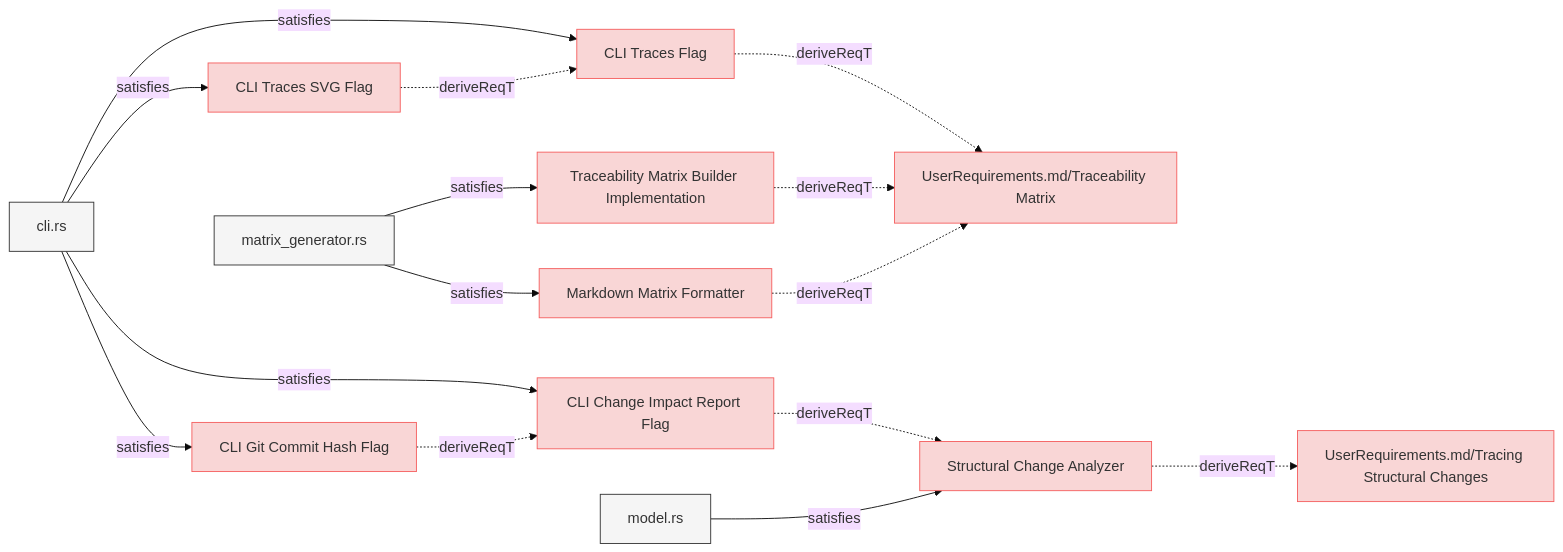
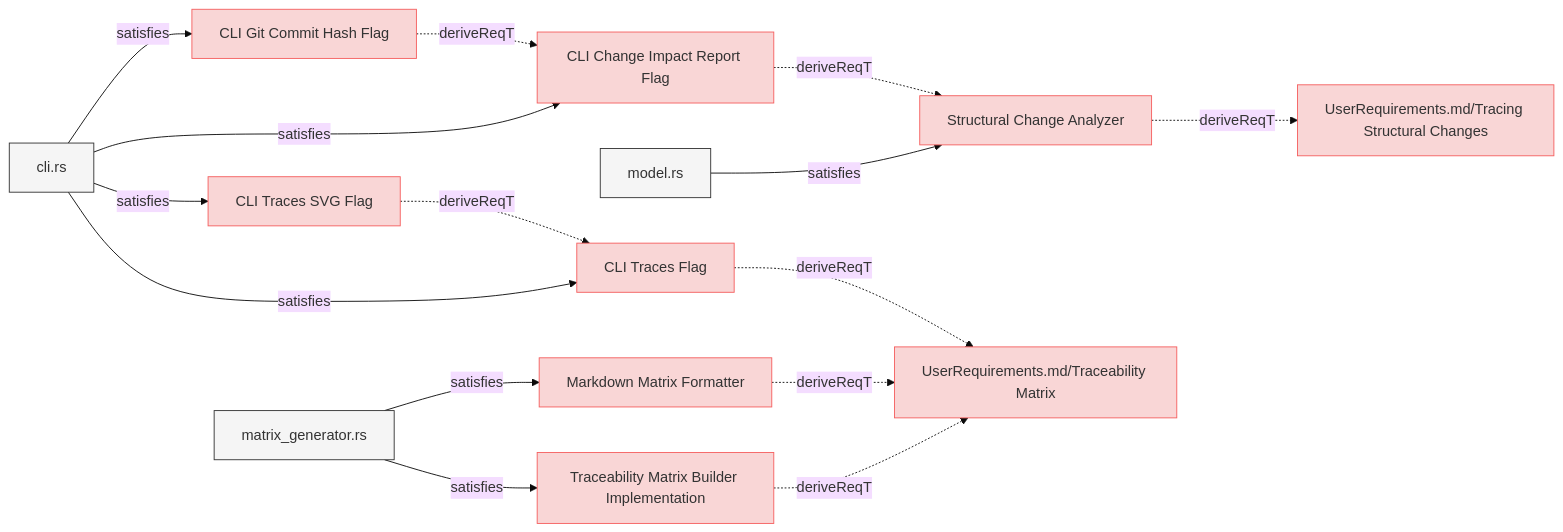
One commit to reqvire-org/reqvire changed the sixth of 8 diagrams in specifications/SystemRequirements/Requirements.md. Above: the diagram before and after it, drawn with Mermaid (base theme). The commit also changed other lines of this file and 20 other files, not shown here.

````diff
--- a/specifications/SystemRequirements/Requirements.md
+++ b/specifications/SystemRequirements/Requirements.md
@@ -718,59 +710,59 @@
 ```mermaid
 graph LR;
   %% Graph styling
   classDef requirement fill:#f9d6d6,stroke:#f55f5f,stroke-width:1px;
   classDef verification fill:#d6f9d6,stroke:#5fd75f,stroke-width:1px;
   classDef externalLink fill:#d0e0ff,stroke:#3080ff,stroke-width:1px;
   classDef default fill:#f5f5f5,stroke:#333333,stroke-width:1px;
 
-  cdab2d3174ce86a9["CLI Traces Flag"];
-  click cdab2d3174ce86a9 "https://github.com/Reqvire/reqvire/blob/30536324899084e88969175e3613c971ffa6e108/specifications/SystemRequirements/Requirements.md#cli-traces-flag";
-  class cdab2d3174ce86a9 requirement;
-  c5b8a7944b6943e2["UserRequirements.md/Traceability Matrix"];
-  class c5b8a7944b6943e2 requirement;
-  click c5b8a7944b6943e2 "https://github.com/Reqvire/reqvire/blob/30536324899084e88969175e3613c971ffa6e108/specifications/UserRequirements.md#traceability-matrix";
-  cdab2d3174ce86a9 -.->|deriveReqT| c5b8a7944b6943e2;
+  79259d512a5c44a6["CLI Git Commit Hash Flag"];
+  click 79259d512a5c44a6 "https://github.com/Reqvire/reqvire/blob/667635d4628fed400323f7df3689af2dbc2ad666/specifications/SystemRequirements/Requirements.md#cli-git-commit-hash-flag";
+  class 79259d512a5c44a6 requirement;
+  c020978403254f09["CLI Change Impact Report Flag"];
+  class c020978403254f09 requirement;
+  click c020978403254f09 "https://github.com/Reqvire/reqvire/blob/667635d4628fed400323f7df3689af2dbc2ad666/specifications/SystemRequirements/Requirements.md#cli-change-impact-report-flag";
+  79259d512a5c44a6 -.->|deriveReqT| c020978403254f09;
   2f21d2133dbfd205["cli.rs"];
   class 2f21d2133dbfd205 default;
-  click 2f21d2133dbfd205 "https://github.com/Reqvire/reqvire/blob/30536324899084e88969175e3613c971ffa6e108/cli/src/cli.rs";
-  2f21d2133dbfd205 -->|satisfies| cdab2d3174ce86a9;
-  a8066f495e5ed5dd["Traceability Matrix Builder Implementation"];
-  click a8066f495e5ed5dd "https://github.com/Reqvire/reqvire/blob/30536324899084e88969175e3613c971ffa6e108/specifications/SystemRequirements/Requirements.md#traceability-matrix-builder-implementation";
-  class a8066f495e5ed5dd requirement;
-  a8066f495e5ed5dd -.->|deriveReqT| c5b8a7944b6943e2;
-  4966ff561112ec56["matrix_generator.rs"];
-  class 4966ff561112ec56 default;
-  click 4966ff561112ec56 "https://github.com/Reqvire/reqvire/blob/30536324899084e88969175e3613c971ffa6e108/core/src/matrix_generator.rs";
-  4966ff561112ec56 -->|satisfies| a8066f495e5ed5dd;
-  a0943a440707d910["CLI Traces SVG Flag"];
-  click a0943a440707d910 "https://github.com/Reqvire/reqvire/blob/30536324899084e88969175e3613c971ffa6e108/specifications/SystemRequirements/Requirements.md#cli-traces-svg-flag";
-  class a0943a440707d910 requirement;
-  a0943a440707d910 -.->|deriveReqT| cdab2d3174ce86a9;
-  2f21d2133dbfd205 -->|satisfies| a0943a440707d910;
-  3b2f98c43f1ed3bb["Markdown Matrix Formatter"];
-  click 3b2f98c43f1ed3bb "https://github.com/Reqvire/reqvire/blob/30536324899084e88969175e3613c971ffa6e108/specifications/SystemRequirements/Requirements.md#markdown-matrix-formatter";
-  class 3b2f98c43f1ed3bb requirement;
-  3b2f98c43f1ed3bb -.->|deriveReqT| c5b8a7944b6943e2;
-  4966ff561112ec56 -->|satisfies| 3b2f98c43f1ed3bb;
-  c020978403254f09["CLI Change Impact Report Flag"];
-  click c020978403254f09 "https://github.com/Reqvire/reqvire/blob/30536324899084e88969175e3613c971ffa6e108/specifications/SystemRequirements/Requirements.md#cli-change-impact-report-flag";
-  class c020978403254f09 requirement;
+  click 2f21d2133dbfd205 "https://github.com/Reqvire/reqvire/blob/667635d4628fed400323f7df3689af2dbc2ad666/cli/src/cli.rs";
+  2f21d2133dbfd205 -->|satisfies| 79259d512a5c44a6;
   48e08ff33bc860c5["Structural Change Analyzer"];
   class 48e08ff33bc860c5 requirement;
-  click 48e08ff33bc860c5 "https://github.com/Reqvire/reqvire/blob/30536324899084e88969175e3613c971ffa6e108/specifications/SystemRequirements/Requirements.md#structural-change-analyzer";
+  click 48e08ff33bc860c5 "https://github.com/Reqvire/reqvire/blob/667635d4628fed400323f7df3689af2dbc2ad666/specifications/SystemRequirements/Requirements.md#structural-change-analyzer";
   c020978403254f09 -.->|deriveReqT| 48e08ff33bc860c5;
   2f21d2133dbfd205 -->|satisfies| c020978403254f09;
-  79259d512a5c44a6["CLI Git Commit Hash Flag"];
-  click 79259d512a5c44a6 "https://github.com/Reqvire/reqvire/blob/30536324899084e88969175e3613c971ffa6e108/specifications/SystemRequirements/Requirements.md#cli-git-commit-hash-flag";
-  class 79259d512a5c44a6 requirement;
-  79259d512a5c44a6 -.->|deriveReqT| c020978403254f09;
-  2f21d2133dbfd205 -->|satisfies| 79259d512a5c44a6;
   9b9c33c7182d6eeb["UserRequirements.md/Tracing Structural Changes"];
   class 9b9c33c7182d6eeb requirement;
-  click 9b9c33c7182d6eeb "https://github.com/Reqvire/reqvire/blob/30536324899084e88969175e3613c971ffa6e108/specifications/UserRequirements.md#tracing-structural-changes";
+  click 9b9c33c7182d6eeb "https://github.com/Reqvire/reqvire/blob/667635d4628fed400323f7df3689af2dbc2ad666/specifications/UserRequirements.md#tracing-structural-changes";
   48e08ff33bc860c5 -.->|deriveReqT| 9b9c33c7182d6eeb;
   76acbdfdc0fba01e["model.rs"];
   class 76acbdfdc0fba01e default;
-  click 76acbdfdc0fba01e "https://github.com/Reqvire/reqvire/blob/30536324899084e88969175e3613c971ffa6e108/core/src/change_impact.rs";
+  click 76acbdfdc0fba01e "https://github.com/Reqvire/reqvire/blob/667635d4628fed400323f7df3689af2dbc2ad666/core/src/change_impact.rs";
   76acbdfdc0fba01e -->|satisfies| 48e08ff33bc860c5;
+  a0943a440707d910["CLI Traces SVG Flag"];
+  click a0943a440707d910 "https://github.com/Reqvire/reqvire/blob/667635d4628fed400323f7df3689af2dbc2ad666/specifications/SystemRequirements/Requirements.md#cli-traces-svg-flag";
+  class a0943a440707d910 requirement;
+  cdab2d3174ce86a9["CLI Traces Flag"];
+  class cdab2d3174ce86a9 requirement;
+  click cdab2d3174ce86a9 "https://github.com/Reqvire/reqvire/blob/667635d4628fed400323f7df3689af2dbc2ad666/specifications/SystemRequirements/Requirements.md#cli-traces-flag";
+  a0943a440707d910 -.->|deriveReqT| cdab2d3174ce86a9;
+  2f21d2133dbfd205 -->|satisfies| a0943a440707d910;
+  c5b8a7944b6943e2["UserRequirements.md/Traceability Matrix"];
+  class c5b8a7944b6943e2 requirement;
+  click c5b8a7944b6943e2 "https://github.com/Reqvire/reqvire/blob/667635d4628fed400323f7df3689af2dbc2ad666/specifications/UserRequirements.md#traceability-matrix";
+  cdab2d3174ce86a9 -.->|deriveReqT| c5b8a7944b6943e2;
+  2f21d2133dbfd205 -->|satisfies| cdab2d3174ce86a9;
+  3b2f98c43f1ed3bb["Markdown Matrix Formatter"];
+  click 3b2f98c43f1ed3bb "https://github.com/Reqvire/reqvire/blob/667635d4628fed400323f7df3689af2dbc2ad666/specifications/SystemRequirements/Requirements.md#markdown-matrix-formatter";
+  class 3b2f98c43f1ed3bb requirement;
+  3b2f98c43f1ed3bb -.->|deriveReqT| c5b8a7944b6943e2;
+  4966ff561112ec56["matrix_generator.rs"];
+  class 4966ff561112ec56 default;
+  click 4966ff561112ec56 "https://github.com/Reqvire/reqvire/blob/667635d4628fed400323f7df3689af2dbc2ad666/core/src/matrix_generator.rs";
+  4966ff561112ec56 -->|satisfies| 3b2f98c43f1ed3bb;
+  a8066f495e5ed5dd["Traceability Matrix Builder Implementation"];
+  click a8066f495e5ed5dd "https://github.com/Reqvire/reqvire/blob/667635d4628fed400323f7df3689af2dbc2ad666/specifications/SystemRequirements/Requirements.md#traceability-matrix-builder-implementation";
+  class a8066f495e5ed5dd requirement;
+  a8066f495e5ed5dd -.->|deriveReqT| c5b8a7944b6943e2;
+  4966ff561112ec56 -->|satisfies| a8066f495e5ed5dd;
 ```
````
